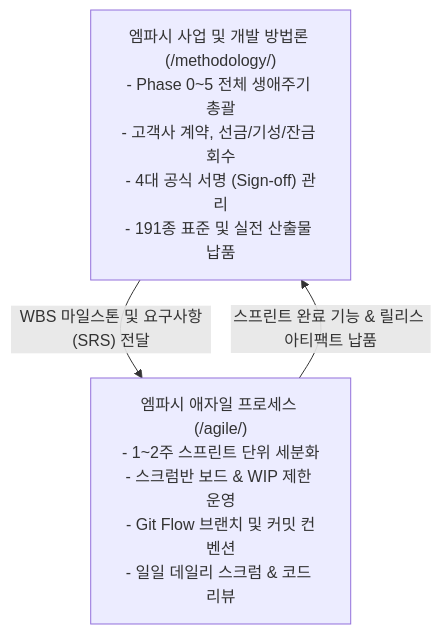
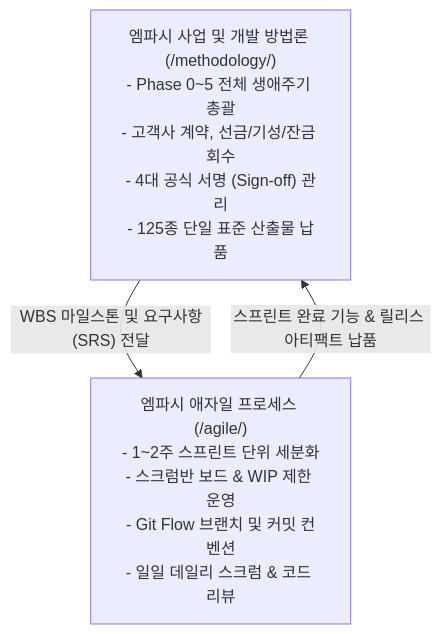
Before and after one commit to DramaticCollaboration/doc.github.io: the second of 2 diagrams in ko/agile/index.md, drawn with Mermaid. The commit also changed other lines of this file and 477 other files, not shown here.

````diff
--- a/ko/agile/index.md
+++ b/ko/agile/index.md
@@ -72,9 +72,9 @@
 ```mermaid
 flowchart TD
-    M1["엠파시 사업 및 개발 방법론 (/methodology/)<br/>- Phase 0~5 전체 생애주기 총괄<br/>- 고객사 계약, 선금/기성/잔금 회수<br/>- 4대 공식 서명 (Sign-off) 관리<br/>- 191종 표준 및 실전 산출물 납품"]
+    M1["엠파시 사업 및 개발 방법론 (/methodology/)<br/>- Phase 0~5 전체 생애주기 총괄<br/>- 고객사 계약, 선금/기성/잔금 회수<br/>- 4대 공식 서명 (Sign-off) 관리<br/>- 125종 단일 표준 산출물 납품"]
     
     A1["엠파시 애자일 프로세스 (/agile/)<br/>- 1~2주 스프린트 단위 세분화<br/>- 스크럼반 보드 & WIP 제한 운영<br/>- Git Flow 브랜치 및 커밋 컨벤션<br/>- 일일 데일리 스크럼 & 코드 리뷰"]
 
     M1 -->|"WBS 마일스톤 및 요구사항(SRS) 전달"| A1
     A1 -->|"스프린트 완료 기능 & 릴리스 아티팩트 납품"| M1
 ```
````
